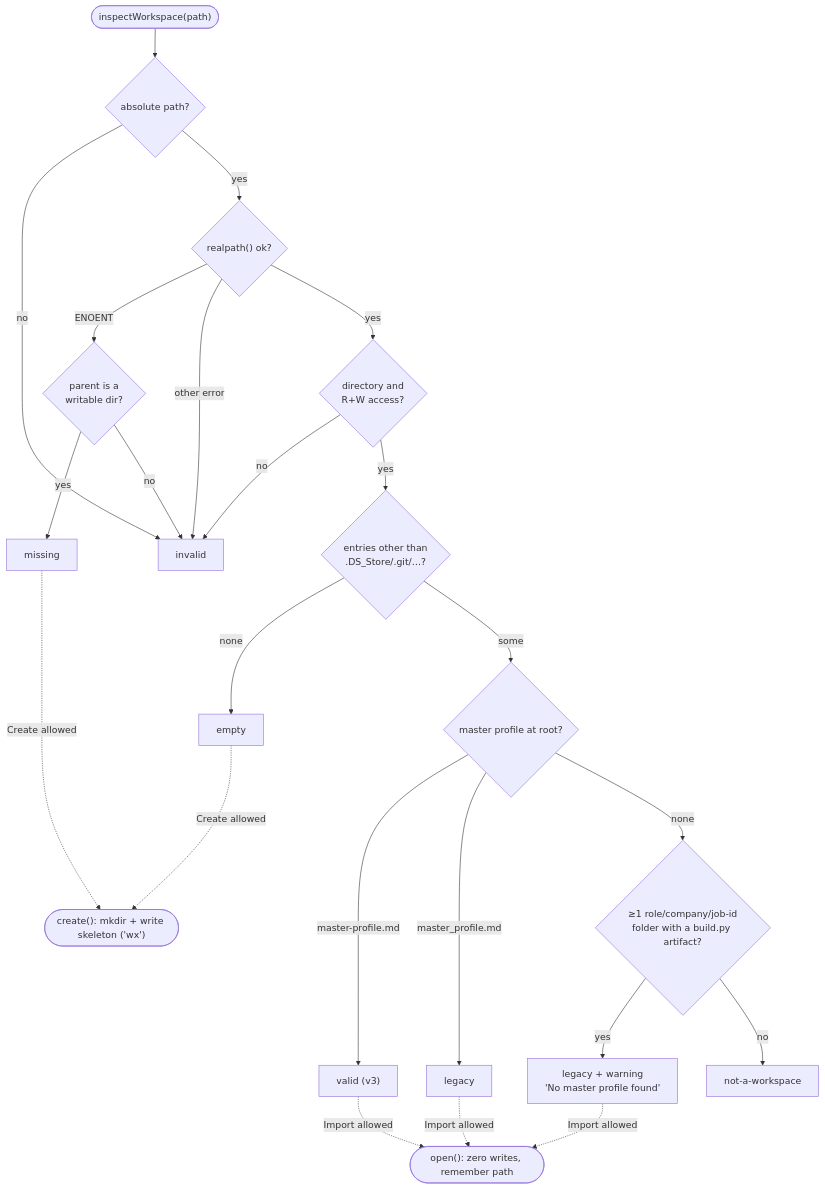
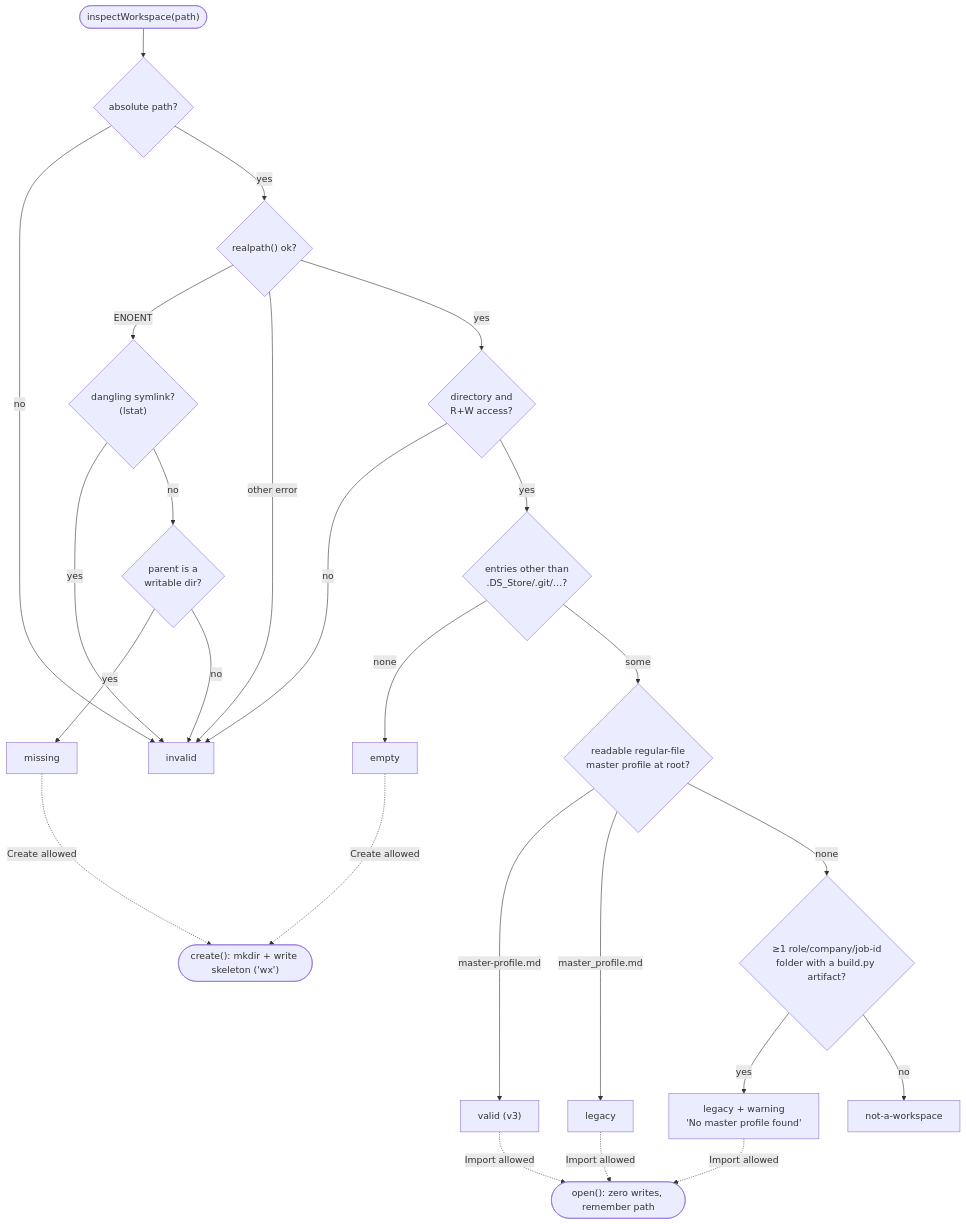
Before and after one commit to silentashish/huntgry: the second of 2 diagrams in docs/changes/2-electron-workspace-shell.md, drawn with Mermaid. The commit also changed other lines of this file and 4 other files, not shown here.

````diff
--- a/docs/changes/2-electron-workspace-shell.md
+++ b/docs/changes/2-electron-workspace-shell.md
@@ -102,23 +102,25 @@
 ```mermaid
 flowchart TD
     start(["inspectWorkspace(path)"]) --> abs{absolute path?}
     abs -- no --> invalid[invalid]
     abs -- yes --> exists{"realpath() ok?"}
-    exists -- ENOENT --> parent{"parent is a<br/>writable dir?"}
+    exists -- ENOENT --> dangling{"dangling symlink?<br/>(lstat)"}
+    dangling -- yes --> invalid
+    dangling -- no --> parent{"parent is a<br/>writable dir?"}
     parent -- yes --> missing[missing]
     parent -- no --> invalid
     exists -- other error --> invalid
     exists -- yes --> dir{"directory and<br/>R+W access?"}
     dir -- no --> invalid
     dir -- yes --> entries{"entries other than<br/>.DS_Store/.git/…?"}
     entries -- none --> empty[empty]
-    entries -- some --> mp{master profile at root?}
+    entries -- some --> mp{"readable regular-file<br/>master profile at root?"}
     mp -- "master-profile.md" --> valid["valid (v3)"]
     mp -- "master_profile.md" --> legacy["legacy"]
     mp -- none --> apps{"≥1 role/company/job-id<br/>folder with a build.py artifact?"}
     apps -- yes --> legacyWarn["legacy + warning<br/>'No master profile found'"]
     apps -- no --> nw[not-a-workspace]
 
     missing & empty -.->|Create allowed| createOk(["create(): mkdir + write skeleton ('wx')"])
     valid & legacy & legacyWarn -.->|Import allowed| importOk(["open(): zero writes, remember path"])
 ```
````
